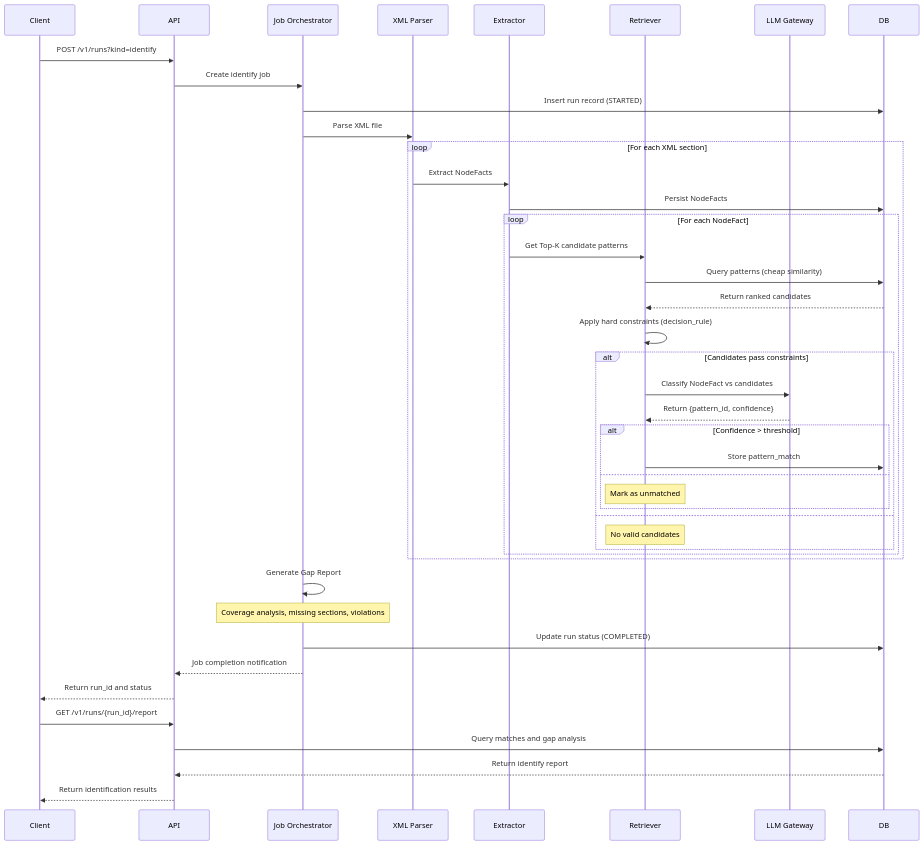
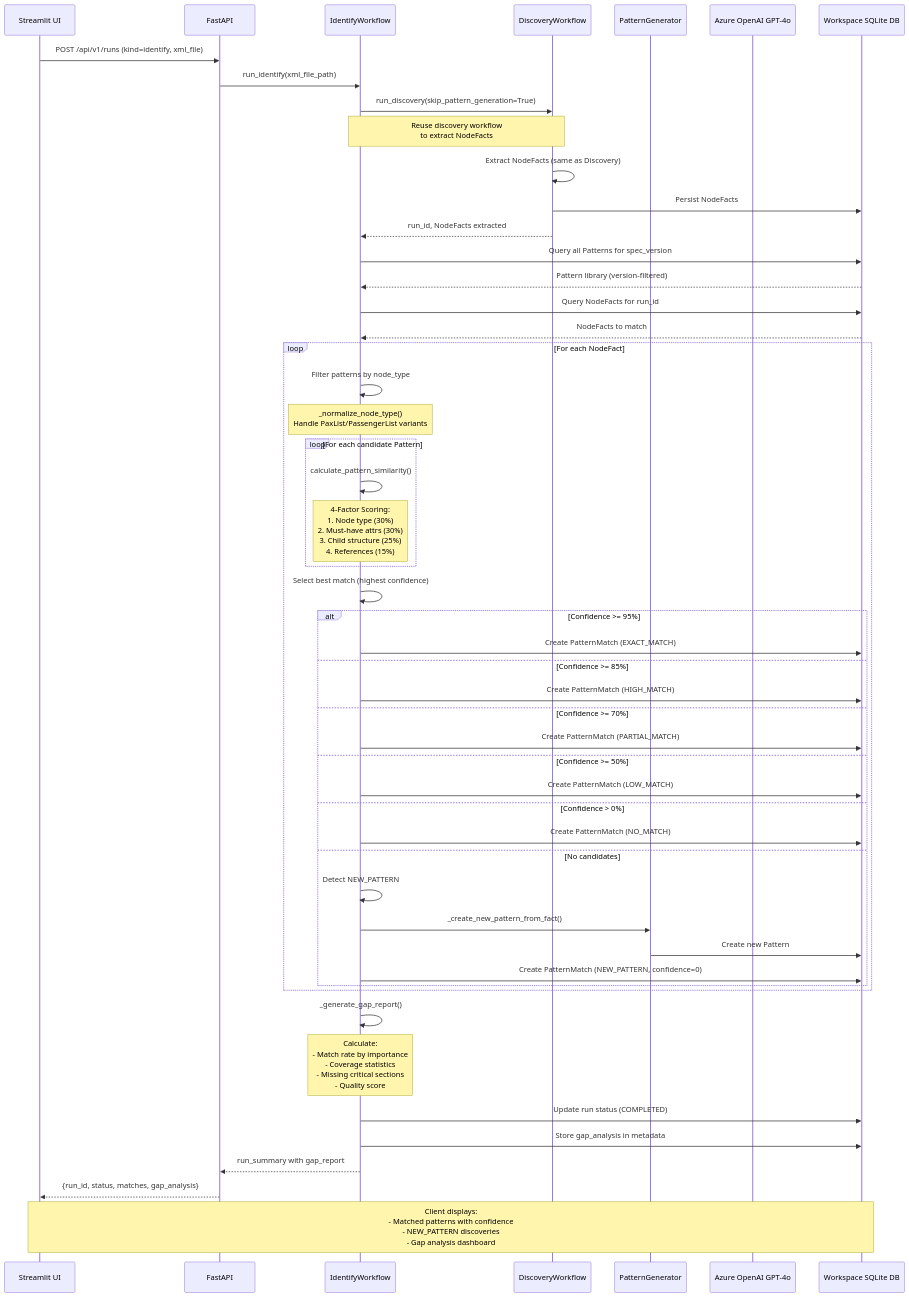
One commit to nikhil-codes-hub/ad_revamped changed the second of 11 diagrams in docs/System_Diagrams.md. Above: the diagram before and after it, drawn with Mermaid. The commit also changed other lines of this file, not shown here.

````diff
--- a/docs/System_Diagrams.md
+++ b/docs/System_Diagrams.md
@@ -57,54 +97,66 @@
 ```mermaid
 sequenceDiagram
-    participant Client
-    participant API
-    participant JobOrch as Job Orchestrator
-    participant Parser as XML Parser
-    participant Extractor
-    participant Retriever
-    participant LLM as LLM Gateway
-    participant DB
+    participant Client as Streamlit UI
+    participant API as FastAPI
+    participant IW as IdentifyWorkflow
+    participant DW as DiscoveryWorkflow
+    participant PatGen as PatternGenerator
+    participant Azure as Azure OpenAI GPT-4o
+    participant WSDb as Workspace SQLite DB
 
-    Client->>API: POST /v1/runs?kind=identify
-    API->>JobOrch: Create identify job
-    JobOrch->>DB: Insert run record (STARTED)
+    Client->>API: POST /api/v1/runs (kind=identify, xml_file)
+    API->>IW: run_identify(xml_file_path)
 
-    JobOrch->>Parser: Parse XML file
-    loop For each XML section
-        Parser->>Extractor: Extract NodeFacts
-        Extractor->>DB: Persist NodeFacts
+    IW->>DW: run_discovery(skip_pattern_generation=True)
+    Note over IW,DW: Reuse discovery workflow<br/>to extract NodeFacts
 
-        loop For each NodeFact
-            Extractor->>Retriever: Get Top-K candidate patterns
-            Retriever->>DB: Query patterns (cheap similarity)
-            DB-->>Retriever: Return ranked candidates
+    DW->>DW: Extract NodeFacts (same as Discovery)
+    DW->>WSDb: Persist NodeFacts
+    DW-->>IW: run_id, NodeFacts extracted
 
-            Retriever->>Retriever: Apply hard constraints (decision_rule)
+    IW->>WSDb: Query all Patterns for spec_version
+    WSDb-->>IW: Pattern library (version-filtered)
 
-            alt Candidates pass constraints
-                Retriever->>LLM: Classify NodeFact vs candidates
-                LLM-->>Retriever: Return {pattern_id, confidence}
+    IW->>WSDb: Query NodeFacts for run_id
+    WSDb-->>IW: NodeFacts to match
 
-                alt Confidence > threshold
-                    Retriever->>DB: Store pattern_match
-                else
-                    Note over Retriever: Mark as unmatched
-                end
-            else
-                Note over Retriever: No valid candidates
-            end
+    loop For each NodeFact
+        IW->>IW: Filter patterns by node_type
+        Note over IW: _normalize_node_type()<br/>Handle PaxList/PassengerList variants
+
+        loop For each candidate Pattern
+            IW->>IW: calculate_pattern_similarity()
+            Note over IW: 4-Factor Scoring:<br/>1. Node type (30%)<br/>2. Must-have attrs (30%)<br/>3. Child structure (25%)<br/>4. References (15%)
+        end
+
+        IW->>IW: Select best match (highest confidence)
+
+        alt Confidence >= 95%
+            IW->>WSDb: Create PatternMatch (EXACT_MATCH)
+        else Confidence >= 85%
+            IW->>WSDb: Create PatternMatch (HIGH_MATCH)
+        else Confidence >= 70%
+            IW->>WSDb: Create PatternMatch (PARTIAL_MATCH)
+        else Confidence >= 50%
+            IW->>WSDb: Create PatternMatch (LOW_MATCH)
+        else Confidence > 0%
+            IW->>WSDb: Create PatternMatch (NO_MATCH)
+        else No candidates
+            IW->>IW: Detect NEW_PATTERN
+            IW->>PatGen: _create_new_pattern_from_fact()
+            PatGen->>WSDb: Create new Pattern
+            IW->>WSDb: Create PatternMatch (NEW_PATTERN, confidence=0)
         end
     end
 
-    JobOrch->>JobOrch: Generate Gap Report
-    Note over JobOrch: Coverage analysis, missing sections, violations
+    IW->>IW: _generate_gap_report()
+    Note over IW: Calculate:<br/>- Match rate by importance<br/>- Coverage statistics<br/>- Missing critical sections<br/>- Quality score
 
-    JobOrch->>DB: Update run status (COMPLETED)
-    JobOrch-->>API: Job completion notification
-    API-->>Client: Return run_id and status
+    IW->>WSDb: Update run status (COMPLETED)
+    IW->>WSDb: Store gap_analysis in metadata
 
-    Client->>API: GET /v1/runs/{run_id}/report
-    API->>DB: Query matches and gap analysis
-    DB-->>API: Return identify report
-    API-->>Client: Return identification results
+    IW-->>API: run_summary with gap_report
+    API-->>Client: {run_id, status, matches, gap_analysis}
+
+    Note over Client,WSDb: Client displays:<br/>- Matched patterns with confidence<br/>- NEW_PATTERN discoveries<br/>- Gap analysis dashboard
 ```
````
